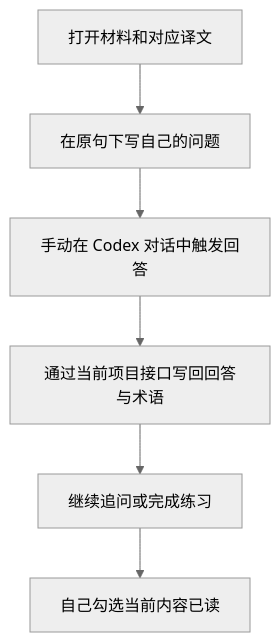
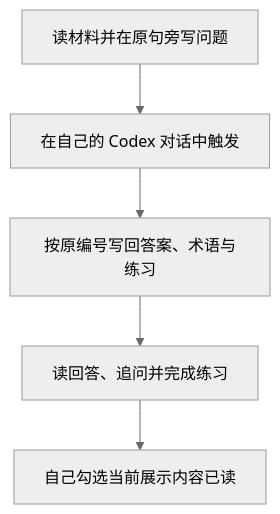
Before and after one commit to AIALRA-0/ManualReader: the diagram in README.md, drawn with Mermaid (neutral theme). The commit also changed other lines of this file and 54 other files, not shown here.

````diff
--- a/README.md
+++ b/README.md
@@ -70,8 +134,7 @@
 ```mermaid
 flowchart TD
-    A[打开材料和对应译文] --> B[在原句下写自己的问题]
-    B --> C[手动在 Codex 对话中触发回答]
-    C --> D[通过当前项目接口写回回答与术语]
-    D --> E[继续追问或完成练习]
-    E --> F[自己勾选当前内容已读]
+    A[读材料并在原句旁写问题] --> B[在自己的 Codex 对话中触发]
+    B --> C[按原编号写回答案、术语与练习]
+    C --> D[读回答、追问并完成练习]
+    D --> E[自己勾选当前展示内容已读]
 ```
````
